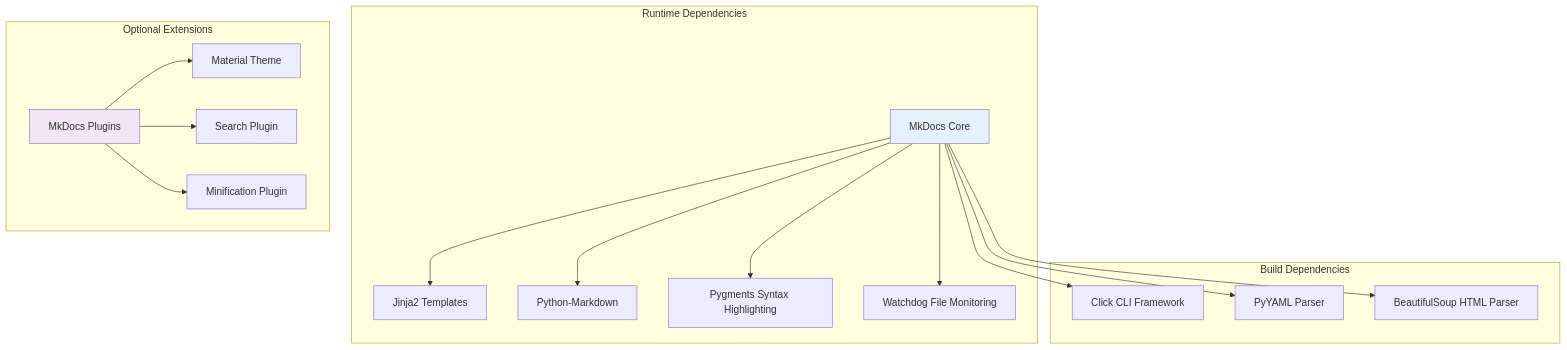
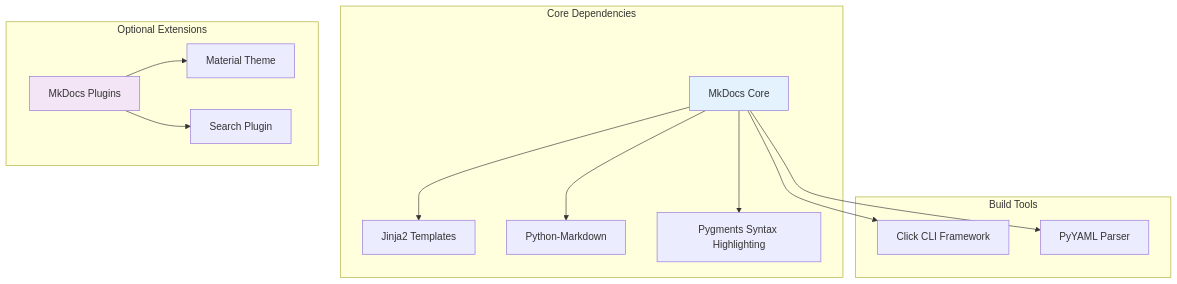
Before and after one commit to UltraOptiMega/UltraOptiMega.github.io: the fourth of 4 diagrams in .qoder/repowiki/en/content/Project Overview.md, drawn with Mermaid. The commit also changed other lines of this file and 6 other files, not shown here.

````diff
--- a/.qoder/repowiki/en/content/Project Overview.md
+++ b/.qoder/repowiki/en/content/Project Overview.md
@@ -158,21 +213,18 @@
 ```mermaid
 graph TD
-subgraph "Runtime Dependencies"
+subgraph "Core Dependencies"
 MkDocs["MkDocs Core"] --> Jinja2["Jinja2 Templates"]
 MkDocs --> Markdown["Python-Markdown"]
 MkDocs --> Pygments["Pygments Syntax Highlighting"]
-MkDocs --> Watchdog["Watchdog File Monitoring"]
 end
-subgraph "Build Dependencies"
+subgraph "Build Tools"
 MkDocs --> Click["Click CLI Framework"]
 MkDocs --> PyYAML["PyYAML Parser"]
-MkDocs --> Beautifulsoup["BeautifulSoup HTML Parser"]
 end
 subgraph "Optional Extensions"
 Plugins["MkDocs Plugins"] --> Material["Material Theme"]
 Plugins --> Search["Search Plugin"]
-Plugins --> Minify["Minification Plugin"]
 end
 style MkDocs fill:#e3f2fd
 style Plugins fill:#f3e5f5
 ```
````
